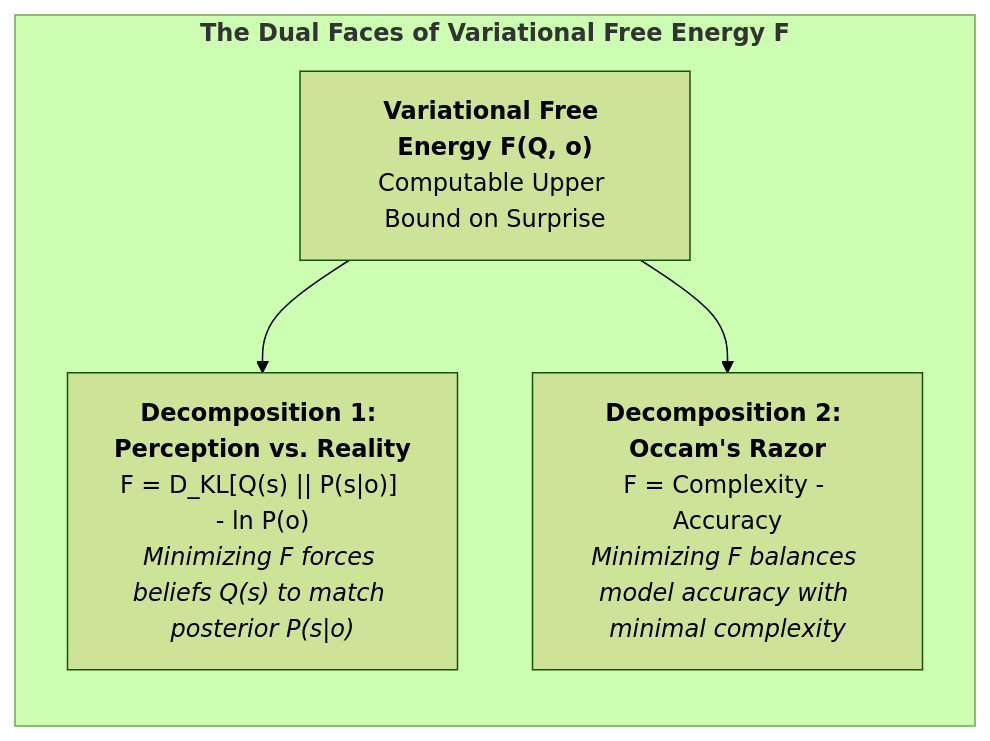
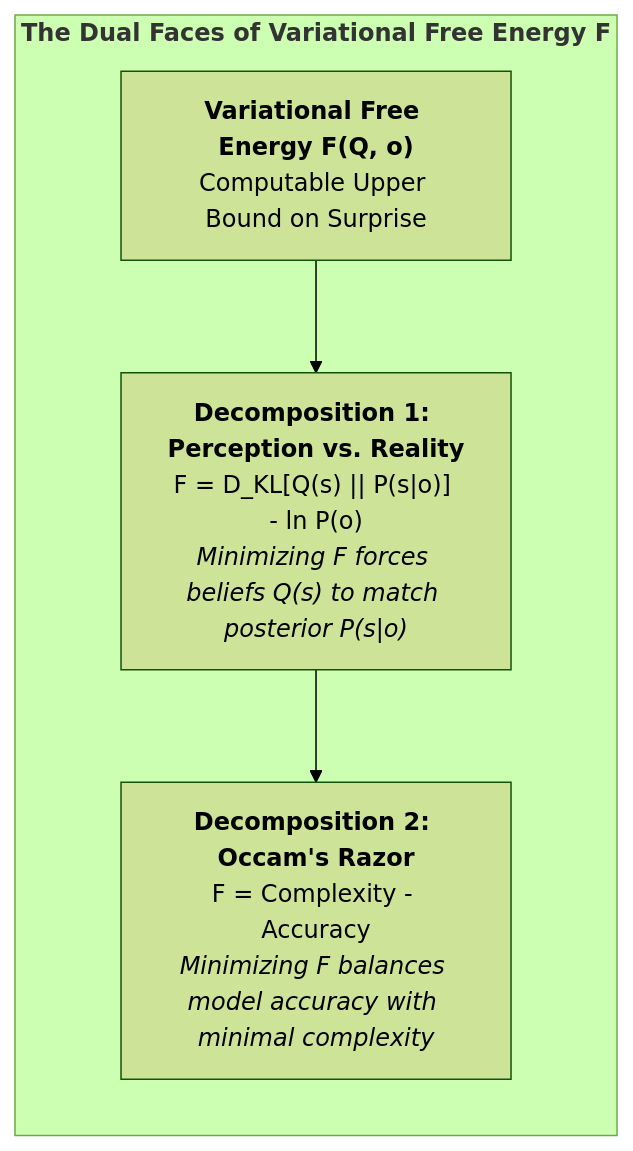
Before and after one commit to Thriebl/active-inference-phi-network: the third of 7 diagrams in book/manuscript_en/02_cybernetic_engine_free_energy_principle.md, drawn with Mermaid (forest theme). The commit also changed other lines of this file and 16 other files, not shown here.

Commit message:
Enhance English monograph: standardize chart sizing, number figures/statements/tables, add lists before App E, link open-source repo

````diff
--- a/book/manuscript_en/02_cybernetic_engine_free_energy_principle.md
+++ b/book/manuscript_en/02_cybernetic_engine_free_energy_principle.md
@@ -100,15 +102,14 @@
 ```mermaid
 flowchart TD
     subgraph FE_DECOMPOSITION["<b>The Dual Faces of Variational Free Energy F</b>"]
         direction TB
         
         F_TOP["<b>Variational Free Energy F(Q, o)</b><br>Computable Upper Bound on Surprise"]
         
         DEC_1["<b>Decomposition 1: Perception vs. Reality</b><br>F = D_KL[Q(s) || P(s|o)] - ln P(o)<br><i>Minimizing F forces beliefs Q(s) to match posterior P(s|o)</i>"]
         
         DEC_2["<b>Decomposition 2: Occam's Razor</b><br>F = Complexity - Accuracy<br><i>Minimizing F balances model accuracy with minimal complexity</i>"]
         
-        F_TOP --> DEC_1
-        F_TOP --> DEC_2
+        F_TOP --> DEC_1 --> DEC_2
     end
 ```
````
